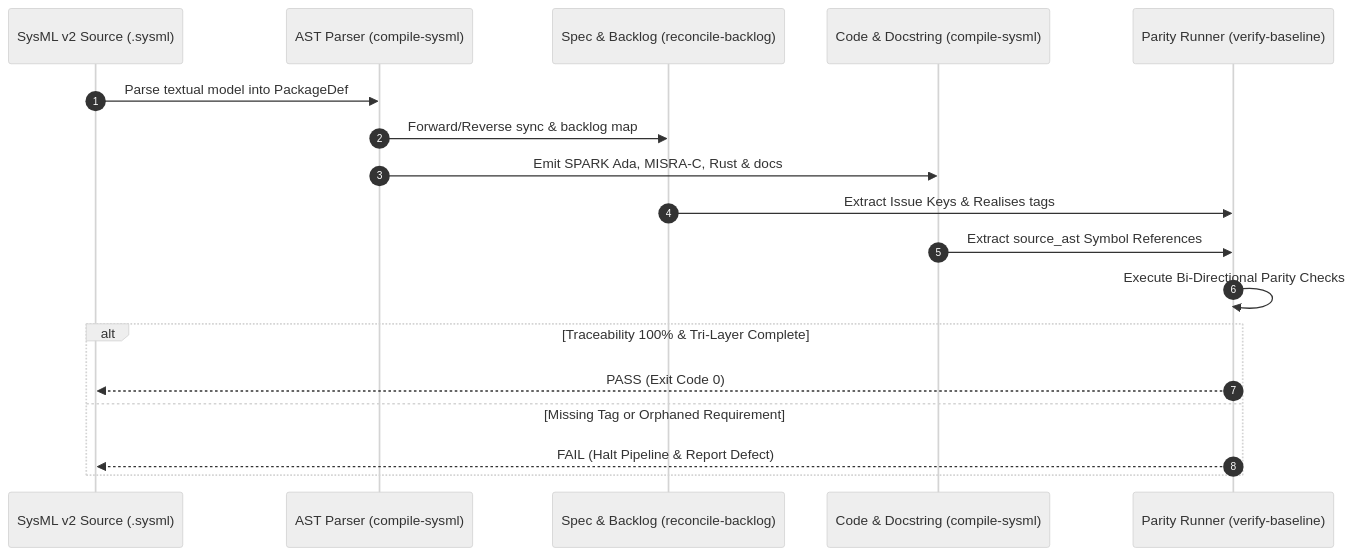
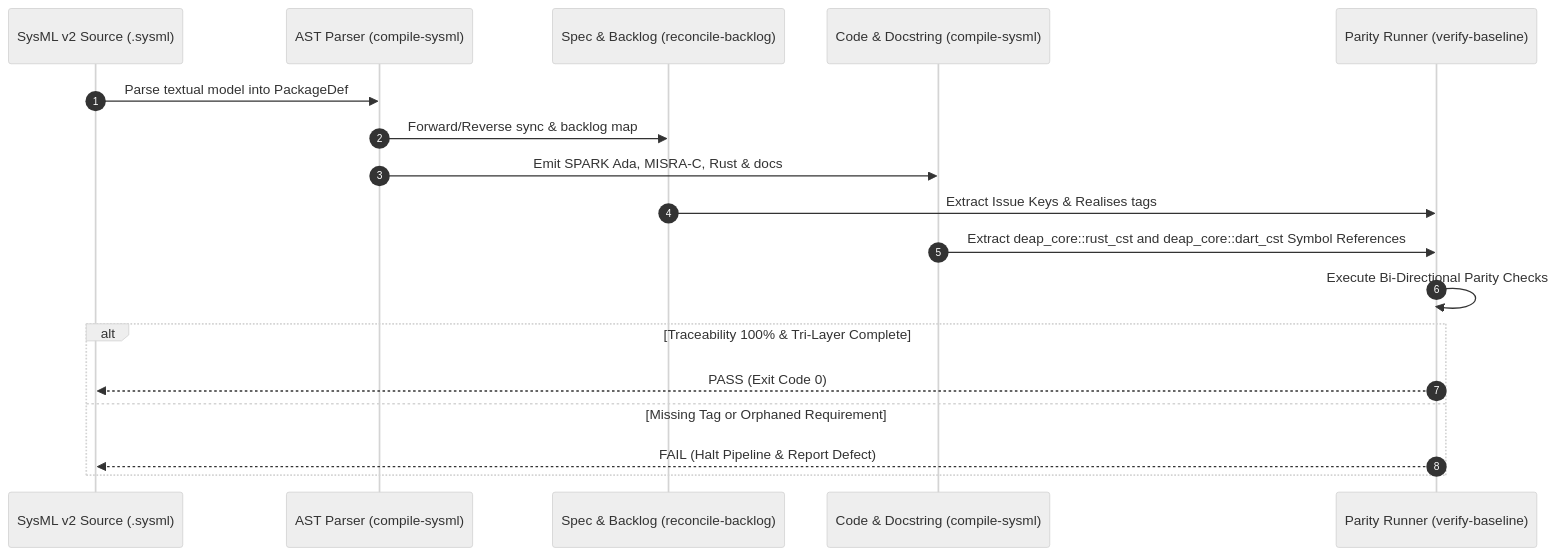
One commit to gintatkinson/DEAP01-spec-core changed the seventh of 8 diagrams in docs/architecture/blueprints/DEAP_SYSML_V2_INGESTION_ENGINE_BLUEPRINT.md. Above: the diagram before and after it, drawn with Mermaid (neutral theme). The commit also changed other lines of this file and 13 other files, not shown here.

Commit message:
docs(architecture,standards): unify coding standards and architecture blueprints onto official compiler crates

````diff
--- a/docs/architecture/blueprints/DEAP_SYSML_V2_INGESTION_ENGINE_BLUEPRINT.md
+++ b/docs/architecture/blueprints/DEAP_SYSML_V2_INGESTION_ENGINE_BLUEPRINT.md
@@ -873,21 +873,21 @@
 ```mermaid
 sequenceDiagram
     autonumber
     participant SysML as SysML v2 Source (.sysml)
     participant Parser as AST Parser (compile-sysml)
     participant Sync as Spec & Backlog (reconcile-backlog)
     participant Synth as Code & Docstring (compile-sysml)
     participant Gate as Parity Runner (verify-baseline)
 
     SysML->>Parser: Parse textual model into PackageDef
     Parser->>Sync: Forward/Reverse sync & backlog map
     Parser->>Synth: Emit SPARK Ada, MISRA-C, Rust & docs
     Sync->>Gate: Extract Issue Keys & Realises tags
-    Synth->>Gate: Extract source_ast Symbol References
+    Synth->>Gate: Extract deap_core::rust_cst and deap_core::dart_cst Symbol References
     Gate->>Gate: Execute Bi-Directional Parity Checks
     alt Traceability 100% & Tri-Layer Complete
         Gate-->>SysML: PASS (Exit Code 0)
     else Missing Tag or Orphaned Requirement
         Gate-->>SysML: FAIL (Halt Pipeline & Report Defect)
     end
 ```
````
